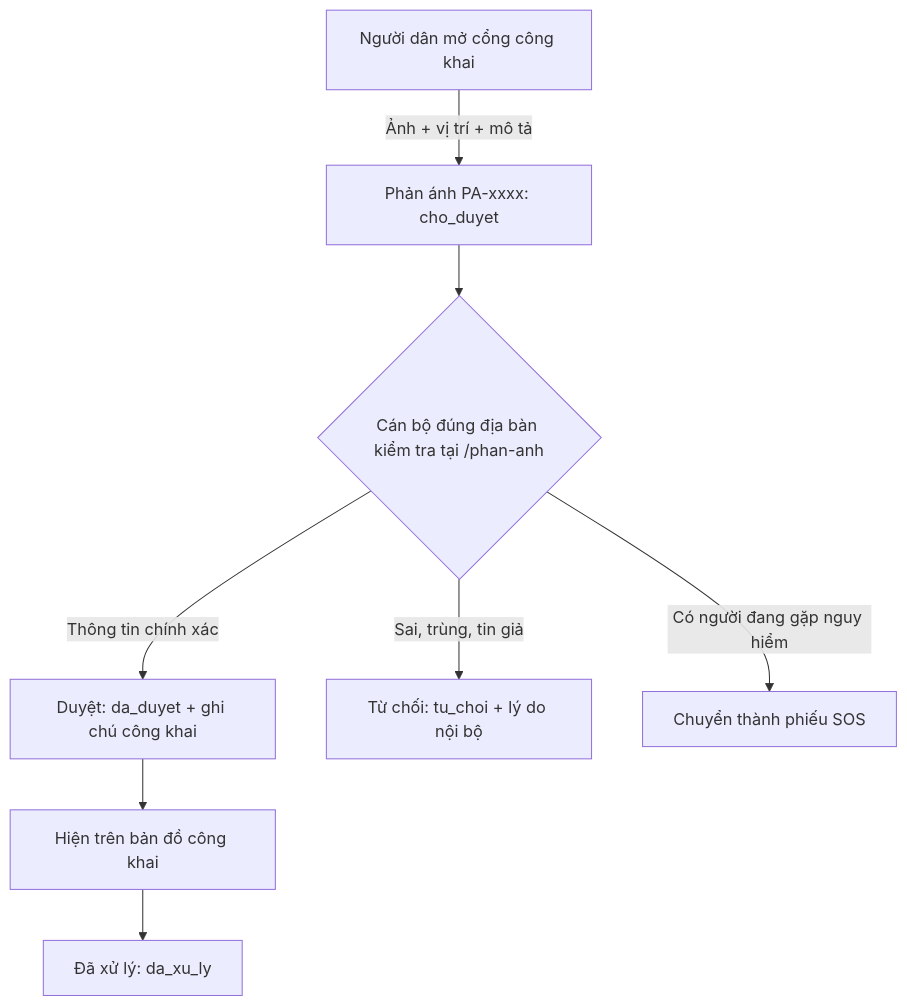
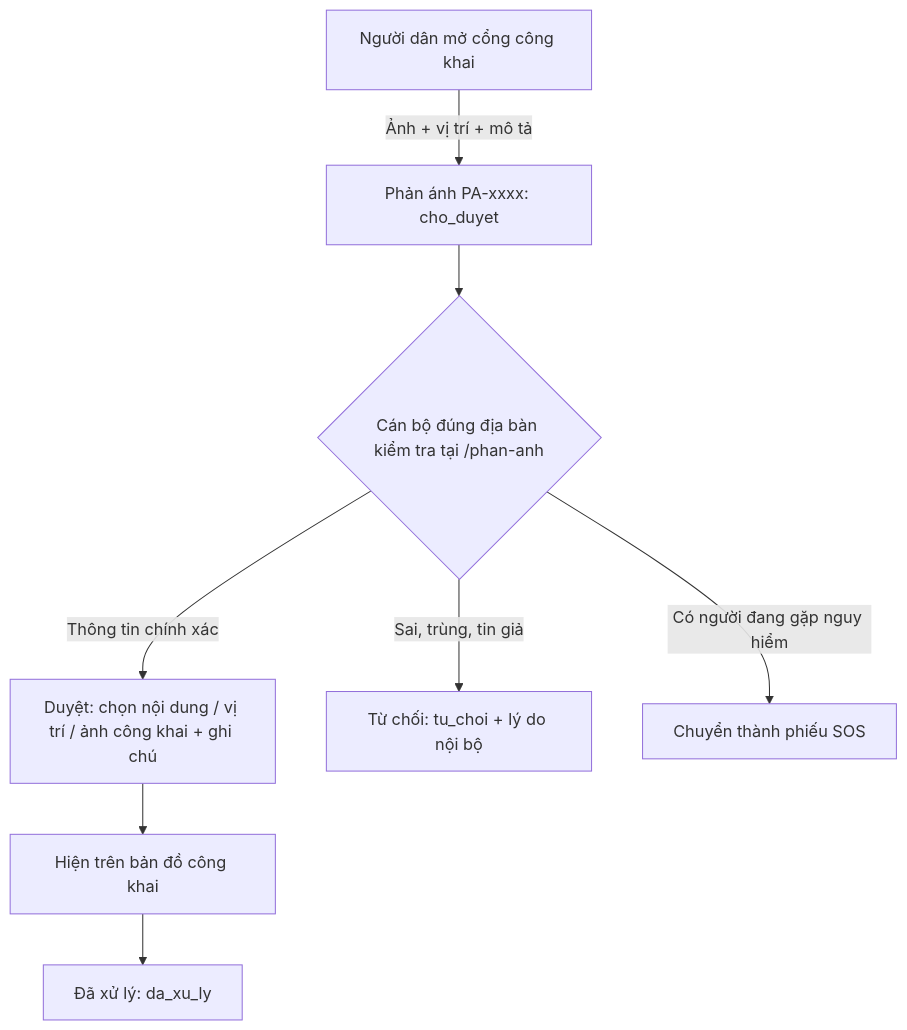
Before and after one commit to hoang-hg/caobang-pctt: the third of 6 diagrams in README.md, drawn with Mermaid. The commit also changed other lines of this file and 17 other files, not shown here.

First line of the commit message:
Phản ánh công khai: cán bộ duyệt nội dung / vị trí / ảnh công khai; mã tra cứu cho phản ánh không để lại SĐT

````diff
--- a/README.md
+++ b/README.md
@@ -678,9 +678,9 @@
 ```mermaid
 graph TD
     A[Người dân mở cổng công khai] -->|Ảnh + vị trí + mô tả| B[Phản ánh PA-xxxx: cho_duyet]
     B --> D{Cán bộ đúng địa bàn kiểm tra tại /phan-anh}
-    D -->|Thông tin chính xác| E[Duyệt: da_duyet + ghi chú công khai]
+    D -->|Thông tin chính xác| E[Duyệt: chọn nội dung / vị trí / ảnh công khai + ghi chú]
     D -->|Sai, trùng, tin giả| F[Từ chối: tu_choi + lý do nội bộ]
     D -->|Có người đang gặp nguy hiểm| G[Chuyển thành phiếu SOS]
     E --> H[Hiện trên bản đồ công khai] --> I[Đã xử lý: da_xu_ly]
 ```
````
